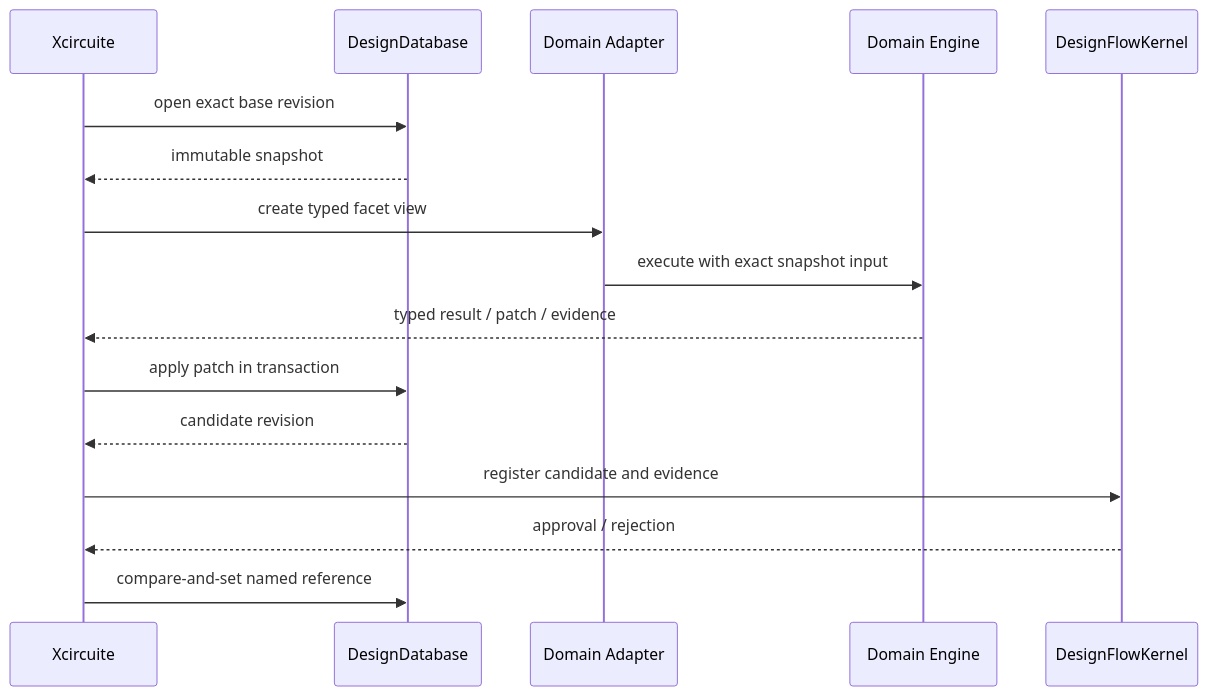
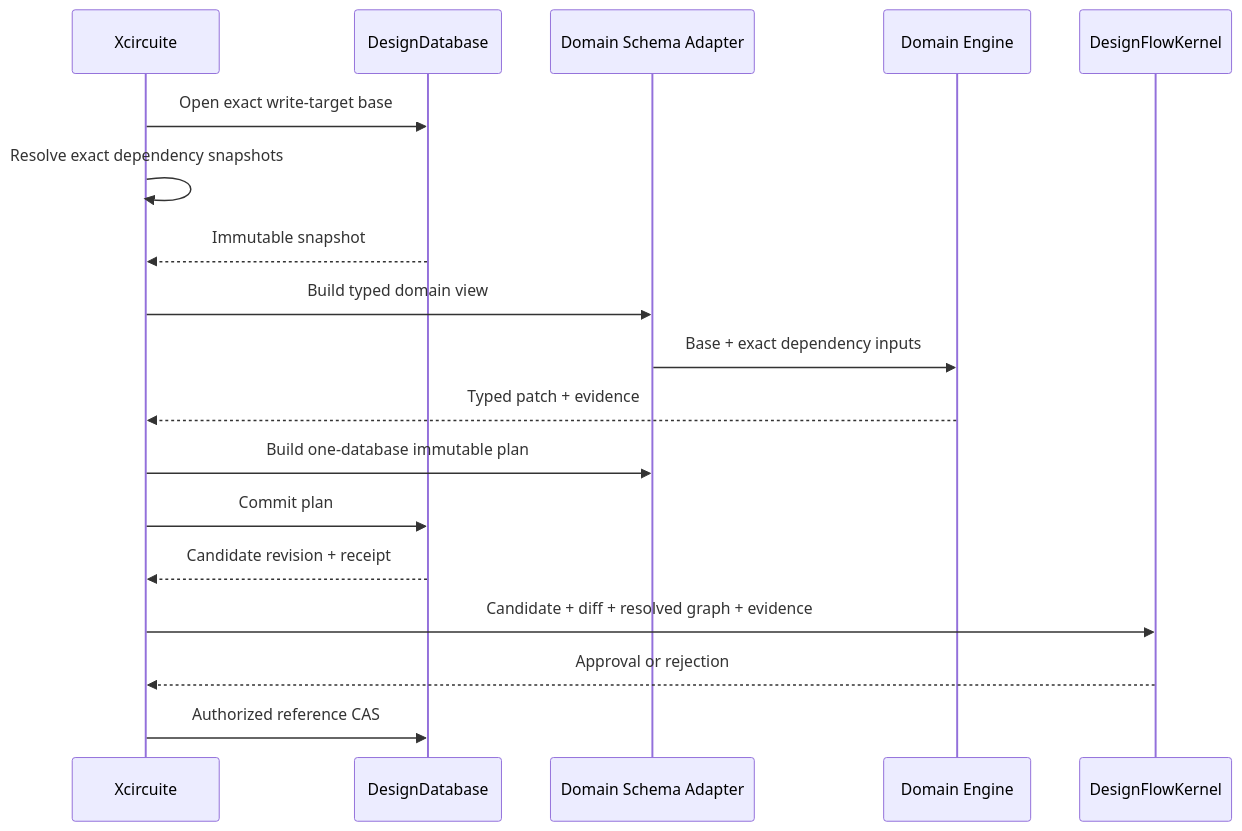
The second of 2 diagrams in DESIGN.md (1amageek/DesignDatabase), drawn with Mermaid before and after one commit. The commit also changed other lines of this file and 376 other files, not shown here.

Commit message:
Implement immutable design database runtime

````diff
--- a/DESIGN.md
+++ b/DESIGN.md
@@ -414,19 +472,21 @@
 ```mermaid
 sequenceDiagram
   participant X as Xcircuite
-  participant DB as DesignDatabase
-  participant A as Domain Adapter
+  participant D as DesignDatabase
+  participant A as Domain Schema Adapter
   participant E as Domain Engine
-  participant K as DesignFlowKernel
+  participant F as DesignFlowKernel
 
-  X->>DB: open exact base revision
-  DB-->>X: immutable snapshot
-  X->>A: create typed facet view
-  A->>E: execute with exact snapshot input
-  E-->>X: typed result / patch / evidence
-  X->>DB: apply patch in transaction
-  DB-->>X: candidate revision
-  X->>K: register candidate and evidence
-  K-->>X: approval / rejection
-  X->>DB: compare-and-set named reference
+  X->>D: Open exact write-target base
+  X->>X: Resolve exact dependency snapshots
+  D-->>X: Immutable snapshot
+  X->>A: Build typed domain view
+  A->>E: Base + exact dependency inputs
+  E-->>X: Typed patch + evidence
+  X->>A: Build one-database immutable plan
+  X->>D: Commit plan
+  D-->>X: Candidate revision + receipt
+  X->>F: Candidate + diff + resolved graph + evidence
+  F-->>X: Approval or rejection
+  X->>D: Authorized reference CAS
 ```
````
